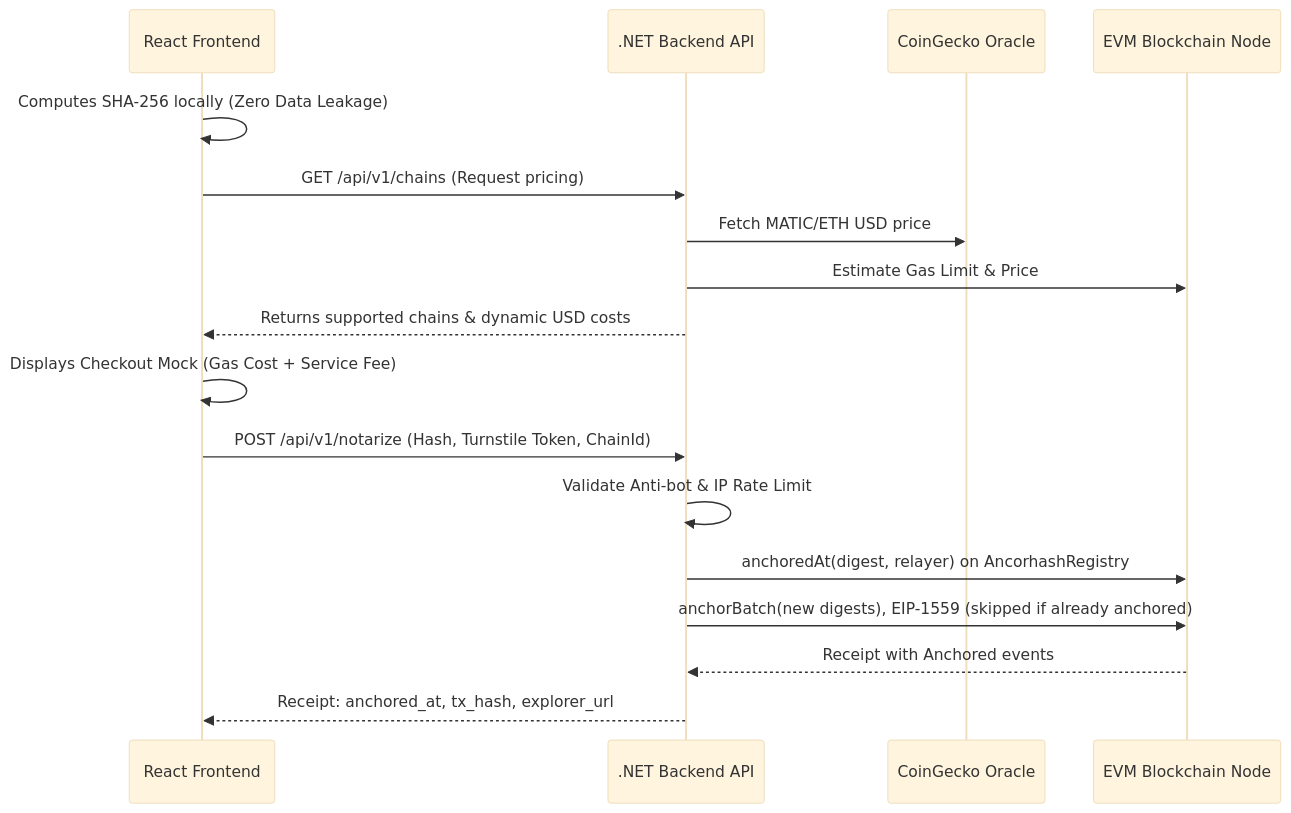
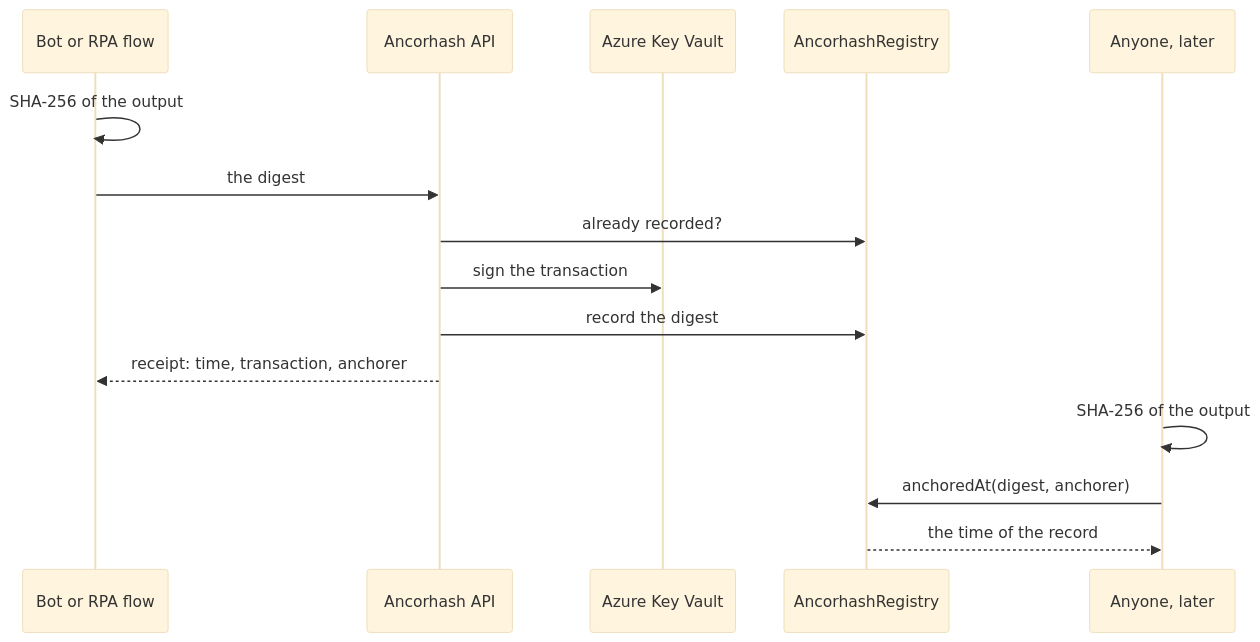
One commit to N0g4D/ancorhash changed the diagram in README.md. Above: the diagram before and after it, drawn with Mermaid (base theme). The commit also changed other lines of this file and 7 other files, not shown here.

````diff
--- a/README.md
+++ b/README.md
@@ -50,20 +46,17 @@
-~~~mermaid
+```mermaid
 sequenceDiagram
-    participant B as React Frontend
-    participant A as .NET Backend API
-    participant O as CoinGecko Oracle
-    participant R as EVM Blockchain Node
-    
-    B->>B: Computes SHA-256 locally (Zero Data Leakage)
-    B->>A: GET /api/v1/chains (Request pricing)
-    A->>O: Fetch MATIC/ETH USD price
-    A->>R: Estimate Gas Limit & Price
-    A-->>B: Returns supported chains & dynamic USD costs
-    B->>B: Displays Checkout Mock (Gas Cost + Service Fee)
-    B->>A: POST /api/v1/notarize (Hash, Turnstile Token, ChainId)
-    A->>A: Validate Anti-bot & IP Rate Limit
-    A->>R: anchoredAt(digest, relayer) on AncorhashRegistry
-    A->>R: anchorBatch(new digests), EIP-1559 (skipped if already anchored)
-    R-->>A: Receipt with Anchored events
-    A-->>B: Receipt: anchored_at, tx_hash, explorer_url
-~~~
+    participant Bot as Bot or RPA flow
+    participant API as Ancorhash API
+    participant KV as Azure Key Vault
+    participant Reg as AncorhashRegistry
+    participant Ver as Anyone, later
+    Bot->>Bot: SHA-256 of the output
+    Bot->>API: the digest
+    API->>Reg: already recorded?
+    API->>KV: sign the transaction
+    API->>Reg: record the digest
+    API-->>Bot: receipt: time, transaction, anchorer
+    Ver->>Ver: SHA-256 of the output
+    Ver->>Reg: anchoredAt(digest, anchorer)
+    Reg-->>Ver: the time of the record
+```
````
